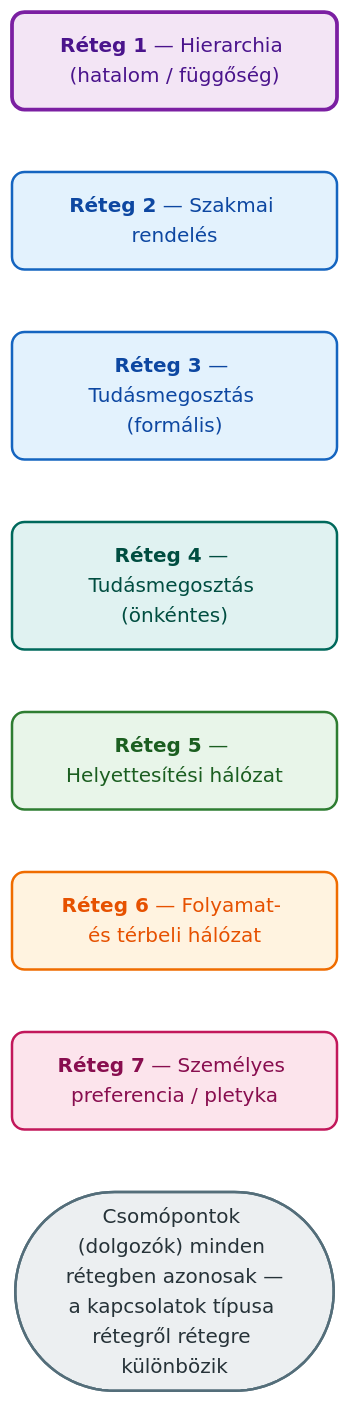
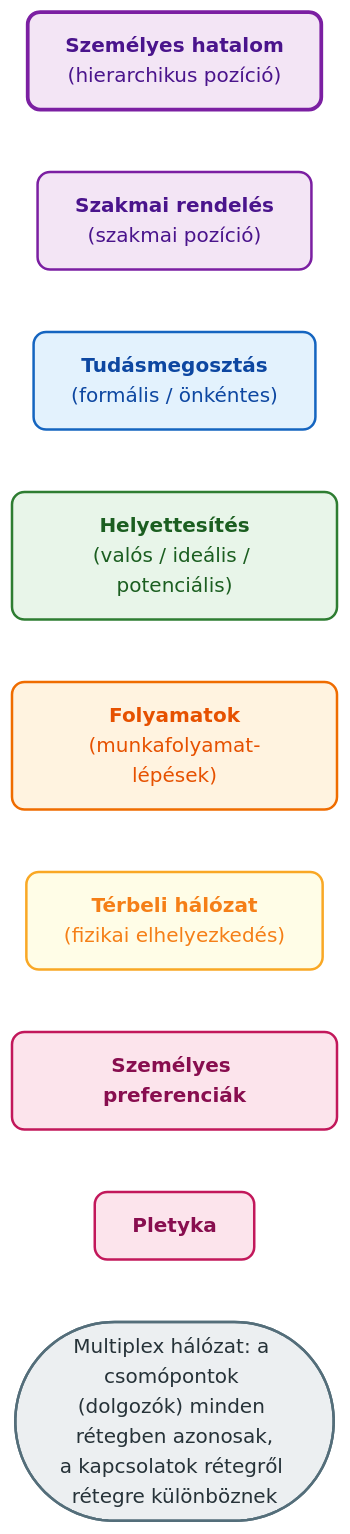
One commit to denespocsik/MM_BSC_Zarovizsga changed the first of 3 diagrams in Tételek/V16-GMXVU2MBLF-Vállalat komplex hálózati modellje.tétel.md. Above: the diagram before and after it, drawn with Mermaid (base theme). The commit also changed other lines of this file and 2 other files, not shown here.

````diff
--- a/Tételek/V16-GMXVU2MBLF-Vállalat komplex hálózati modellje.tétel.md
+++ b/Tételek/V16-GMXVU2MBLF-Vállalat komplex hálózati modellje.tétel.md
@@ -13,21 +59,23 @@
 ```mermaid
 flowchart TB
-    L1["<b>Réteg 1</b> — Hierarchia (hatalom / függőség)"]:::lilaH
-    L2["<b>Réteg 2</b> — Szakmai rendelés"]:::kek
-    L3["<b>Réteg 3</b> — Tudásmegosztás (formális)"]:::kek
-    L4["<b>Réteg 4</b> — Tudásmegosztás (önkéntes)"]:::turkiz
-    L5["<b>Réteg 5</b> — Helyettesítési hálózat"]:::zold
-    L6["<b>Réteg 6</b> — Folyamat- és térbeli hálózat"]:::narancs
-    L7["<b>Réteg 7</b> — Személyes preferencia / pletyka"]:::rozsa
-    KEY(["Csomópontok (dolgozók) minden rétegben azonosak —<br/>a kapcsolatok típusa rétegről rétegre különbözik"]):::szurke
+    L1["<b>Személyes hatalom</b><br/>(hierarchikus pozíció)"]:::lilaH
+    L2["<b>Szakmai rendelés</b><br/>(szakmai pozíció)"]:::lila
+    L3["<b>Tudásmegosztás</b><br/>(formális / önkéntes)"]:::kek
+    L4["<b>Helyettesítés</b><br/>(valós / ideális / potenciális)"]:::zold
+    L5["<b>Folyamatok</b><br/>(munkafolyamat-lépések)"]:::narancs
+    L6["<b>Térbeli hálózat</b><br/>(fizikai elhelyezkedés)"]:::sarga
+    L7["<b>Személyes preferenciák</b>"]:::rozsa
+    L8["<b>Pletyka</b>"]:::rozsa
+    KEY(["Multiplex hálózat: a csomópontok (dolgozók) minden rétegben azonosak,<br/>a kapcsolatok rétegről rétegre különböznek"]):::szurke
 
-    L1 ~~~ L2 ~~~ L3 ~~~ L4 ~~~ L5 ~~~ L6 ~~~ L7 ~~~ KEY
+    L1 ~~~ L2 ~~~ L3 ~~~ L4 ~~~ L5 ~~~ L6 ~~~ L7 ~~~ L8 ~~~ KEY
 
     classDef kek     fill:#e3f2fd,stroke:#1565c0,stroke-width:2px,color:#0d47a1,rx:10,ry:10;
     classDef zold    fill:#e8f5e9,stroke:#2e7d32,stroke-width:2px,color:#1b5e20,rx:10,ry:10;
     classDef narancs fill:#fff3e0,stroke:#ef6c00,stroke-width:2px,color:#e65100,rx:10,ry:10;
     classDef rozsa   fill:#fce4ec,stroke:#c2185b,stroke-width:2px,color:#880e4f,rx:10,ry:10;
+    classDef lila    fill:#f3e5f5,stroke:#7b1fa2,stroke-width:2px,color:#4a148c,rx:10,ry:10;
+    classDef sarga   fill:#fffde7,stroke:#f9a825,stroke-width:2px,color:#f57f17,rx:10,ry:10;
+    classDef szurke  fill:#eceff1,stroke:#546e7a,stroke-width:2px,color:#263238,rx:10,ry:10;
     classDef lilaH   fill:#f3e5f5,stroke:#7b1fa2,stroke-width:3px,color:#4a148c,rx:10,ry:10;
-    classDef turkiz  fill:#e0f2f1,stroke:#00695c,stroke-width:2px,color:#004d40,rx:10,ry:10;
-    classDef szurke  fill:#eceff1,stroke:#546e7a,stroke-width:2px,color:#263238,rx:10,ry:10;
 ```
````
